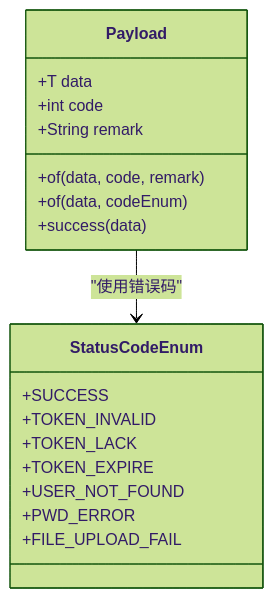
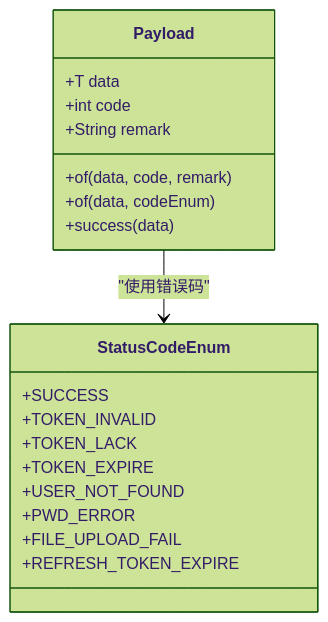
Before and after one commit to liftp/chat_simple: the fifth of 9 diagrams in .qoder/repowiki/zh/content/配置管理/全局异常处理.md, drawn with Mermaid (forest theme). The commit also changed other lines of this file and 6 other files, not shown here.

````diff
--- a/.qoder/repowiki/zh/content/配置管理/全局异常处理.md
+++ b/.qoder/repowiki/zh/content/配置管理/全局异常处理.md
@@ -192,21 +214,22 @@
 ```mermaid
 classDiagram
 class Payload {
 +T data
 +int code
 +String remark
 +of(data, code, remark)
 +of(data, codeEnum)
 +success(data)
 }
 class StatusCodeEnum {
 +SUCCESS
 +TOKEN_INVALID
 +TOKEN_LACK
 +TOKEN_EXPIRE
 +USER_NOT_FOUND
 +PWD_ERROR
 +FILE_UPLOAD_FAIL
++REFRESH_TOKEN_EXPIRE
 }
 Payload --> StatusCodeEnum : "使用错误码"
 ```
````
